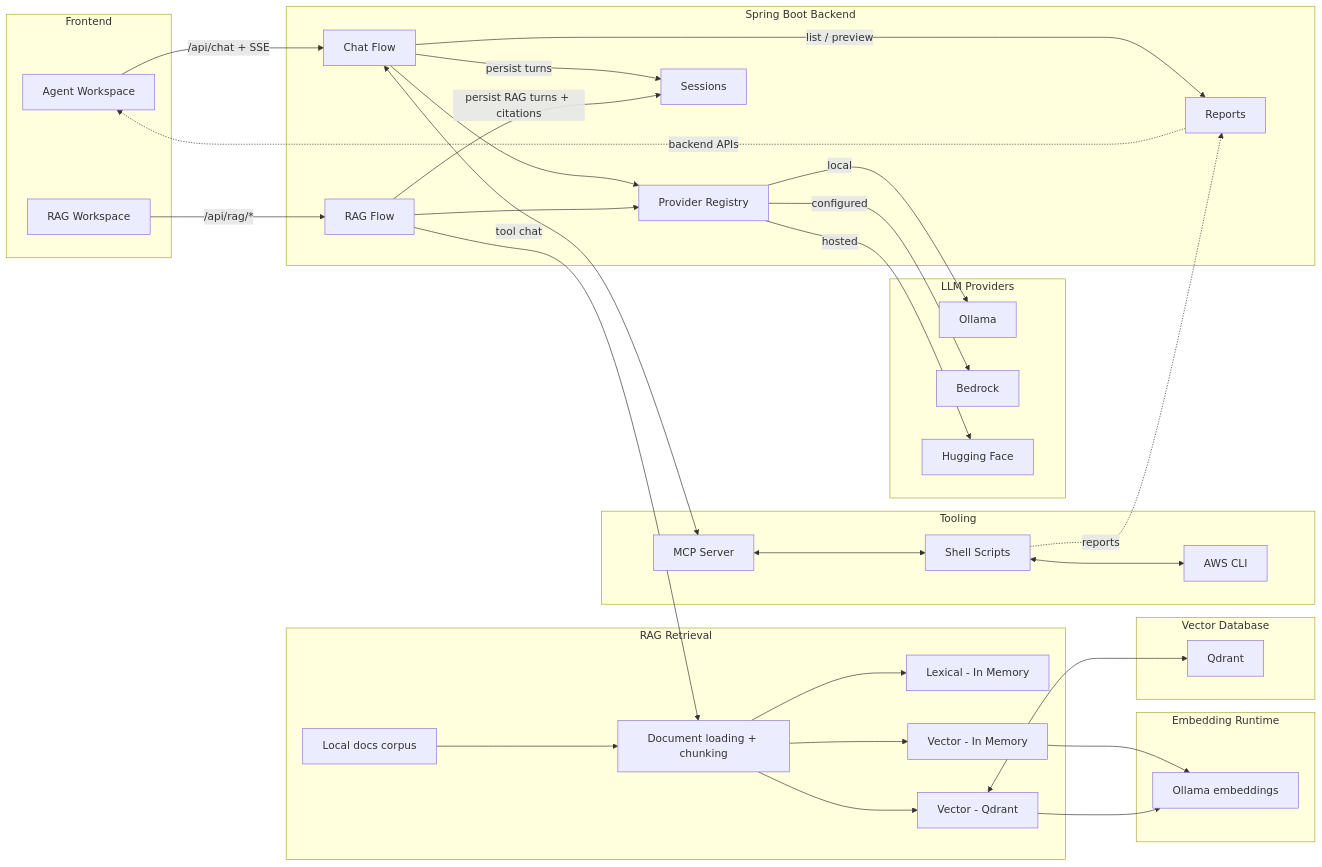
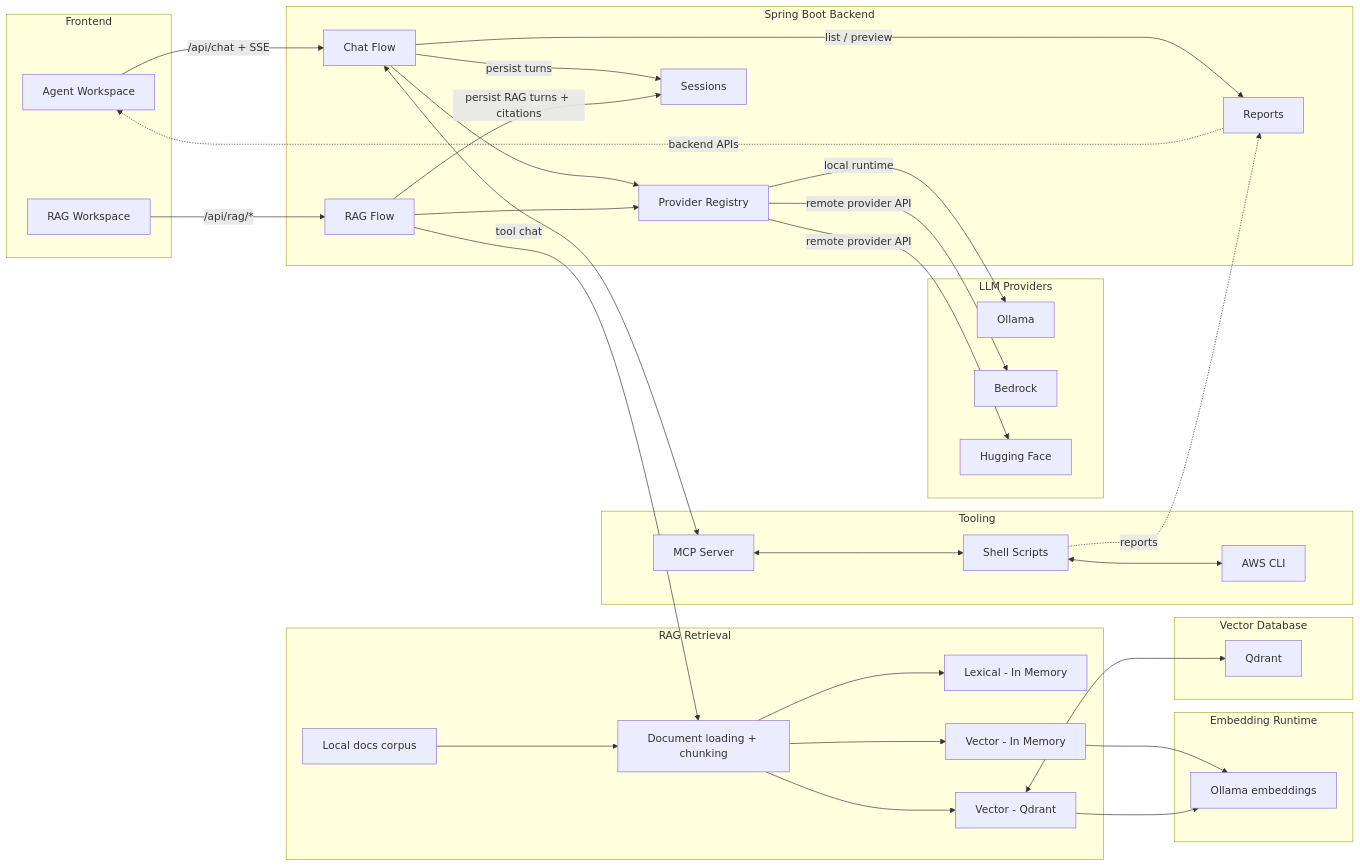
One commit to jrodolfo/local-genai-lab changed the diagram in docs/architecture-overview.md. Above: the diagram before and after it, drawn with Mermaid. The commit also changed 6 other files, not shown here.

Commit message:
clarify remote provider api wording

````diff
--- a/docs/architecture-overview.md
+++ b/docs/architecture-overview.md
@@ -17,71 +17,71 @@
 ```mermaid
 flowchart LR
   subgraph UI[Frontend]
     AgentUI[Agent Workspace]
     RagUI[RAG Workspace]
   end
 
   subgraph API[Spring Boot Backend]
     ChatFlow[Chat Flow]
     RagFlow[RAG Flow]
     ProviderHub[Provider Registry]
     Sessions[Sessions]
     Reports[Reports]
   end
 
   subgraph RagRetrieval[RAG Retrieval]
     Docs[Local docs corpus]
     Chunking[Document loading + chunking]
     Lexical[Lexical - In Memory]
     VectorMemory[Vector - In Memory]
     VectorQdrant[Vector - Qdrant]
   end
 
   subgraph Embeddings[Embedding Runtime]
     OllamaEmbeddings[Ollama embeddings]
   end
 
   subgraph VectorDB[Vector Database]
     Qdrant[Qdrant]
   end
 
   subgraph Providers[LLM Providers]
     Ollama[Ollama]
     Bedrock[Bedrock]
     HF[Hugging Face]
   end
 
   subgraph Tools[Tooling]
     MCP[MCP Server]
     Scripts[Shell Scripts]
     AWS[AWS CLI]
   end
 
   AgentUI -->|/api/chat + SSE| ChatFlow
   RagUI -->|/api/rag/*| RagFlow
 
   ChatFlow --> ProviderHub
   RagFlow --> ProviderHub
   RagFlow --> Chunking
   Docs --> Chunking
   Chunking --> Lexical
   Chunking --> VectorMemory
   Chunking --> VectorQdrant
   VectorMemory --> OllamaEmbeddings
   VectorQdrant --> OllamaEmbeddings
   VectorQdrant <--> Qdrant
 
-  ProviderHub -->|local| Ollama
-  ProviderHub -->|configured| Bedrock
-  ProviderHub -->|hosted| HF
+  ProviderHub -->|local runtime| Ollama
+  ProviderHub -->|remote provider API| Bedrock
+  ProviderHub -->|remote provider API| HF
   ChatFlow <-->|tool chat| MCP
 
   MCP <--> Scripts
   Scripts <--> AWS
   Scripts -. reports .-> Reports
 
   ChatFlow -->|persist turns| Sessions
   RagFlow -->|persist RAG turns + citations| Sessions
   ChatFlow -->|list / preview| Reports
   Reports -. backend APIs .-> AgentUI
 ```
````
